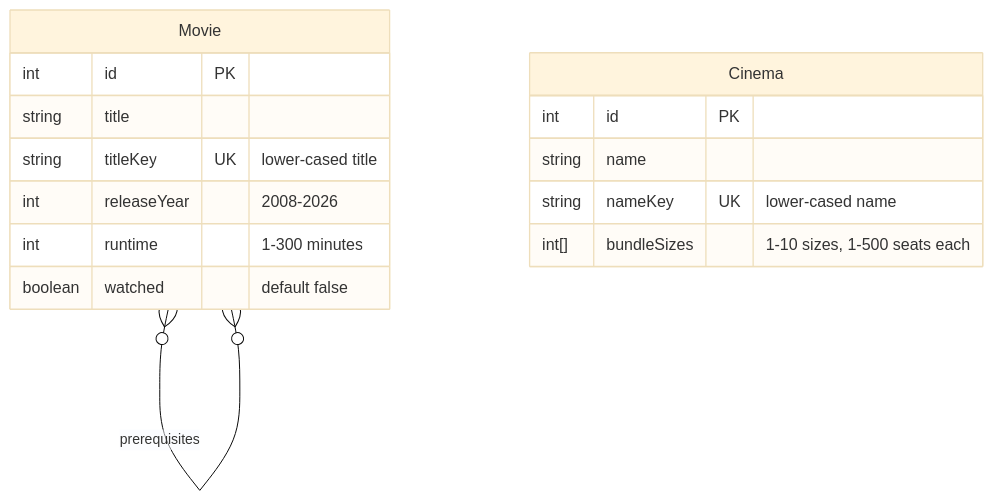
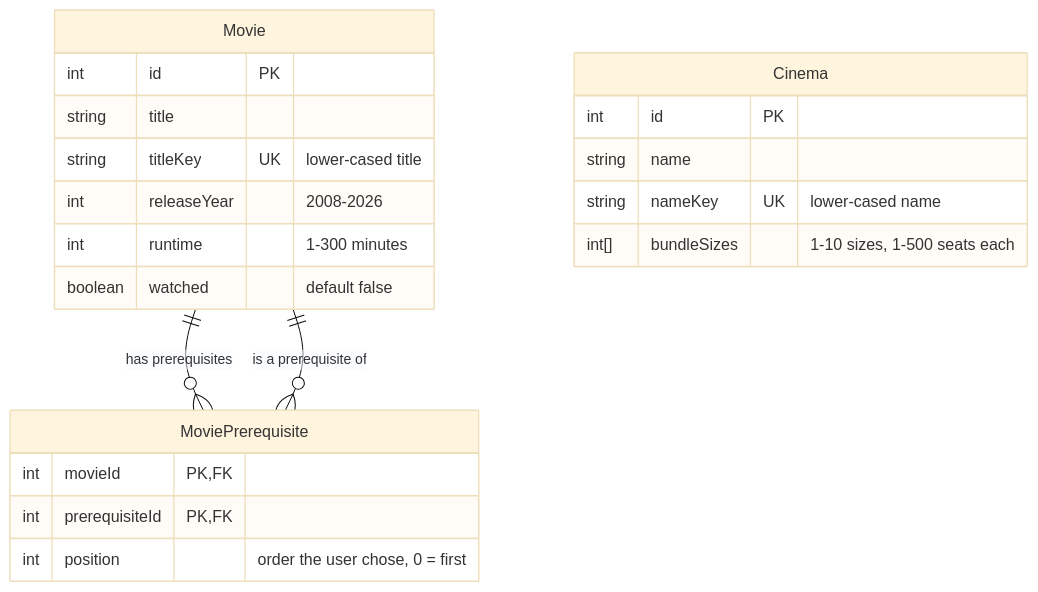
Before and after one commit to Ifty-Rahman/Doomsday-Ready: the diagram in README.md, drawn with Mermaid (base theme). The commit also changed other lines of this file and 2 other files, not shown here.

Commit message:
Fix local-run steps and update docs for ordered prerequisites

````diff
--- a/README.md
+++ b/README.md
@@ -37,18 +37,24 @@
 ```mermaid
 erDiagram
     Movie {
         int id PK
         string title
         string titleKey UK "lower-cased title"
         int releaseYear "2008-2026"
         int runtime "1-300 minutes"
         boolean watched "default false"
     }
     Cinema {
         int id PK
         string name
         string nameKey UK "lower-cased name"
         int[] bundleSizes "1-10 sizes, 1-500 seats each"
     }
-    Movie }o--o{ Movie : "prerequisites"
+    MoviePrerequisite {
+        int movieId PK, FK
+        int prerequisiteId PK, FK
+        int position "order the user chose, 0 = first"
+    }
+    Movie ||--o{ MoviePrerequisite : "has prerequisites"
+    Movie ||--o{ MoviePrerequisite : "is a prerequisite of"
 ```
````
